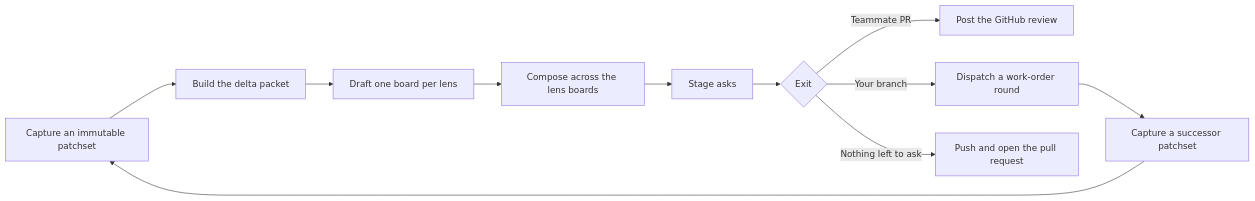
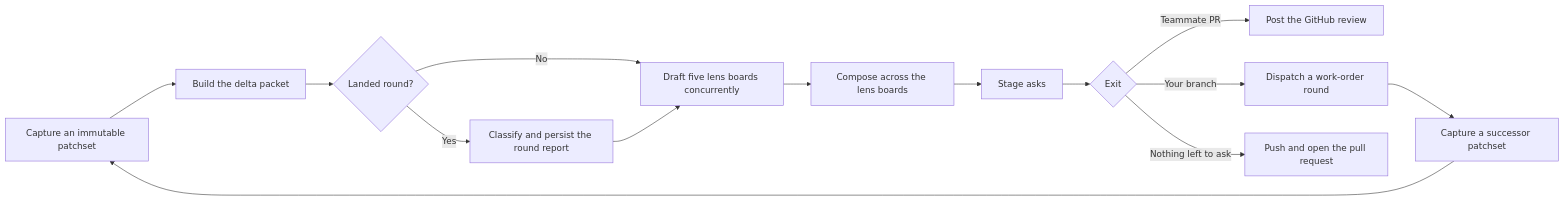
The diagram in docs/developing/index.md (rbutera/Rennet), drawn with Mermaid before and after one commit. The commit also changed other lines of this file and 47 other files, not shown here.

````diff
--- a/docs/developing/index.md
+++ b/docs/developing/index.md
@@ -12,13 +12,16 @@
 ```mermaid
 flowchart LR
   capture[Capture an immutable patchset] --> delta[Build the delta packet]
-  delta --> lenses[Draft one board per lens]
+  delta --> landed{Landed round?}
+  landed -->|No| lenses[Draft five lens boards concurrently]
+  landed -->|Yes| report[Classify and persist the round report]
+  report --> lenses
   lenses --> board[Compose across the lens boards]
   board --> asks[Stage asks]
   asks --> exits{Exit}
   exits -->|Teammate PR| post[Post the GitHub review]
   exits -->|Your branch| round[Dispatch a work-order round]
   exits -->|Nothing left to ask| pr[Push and open the pull request]
   round --> successor[Capture a successor patchset]
   successor --> capture
 ```
````
